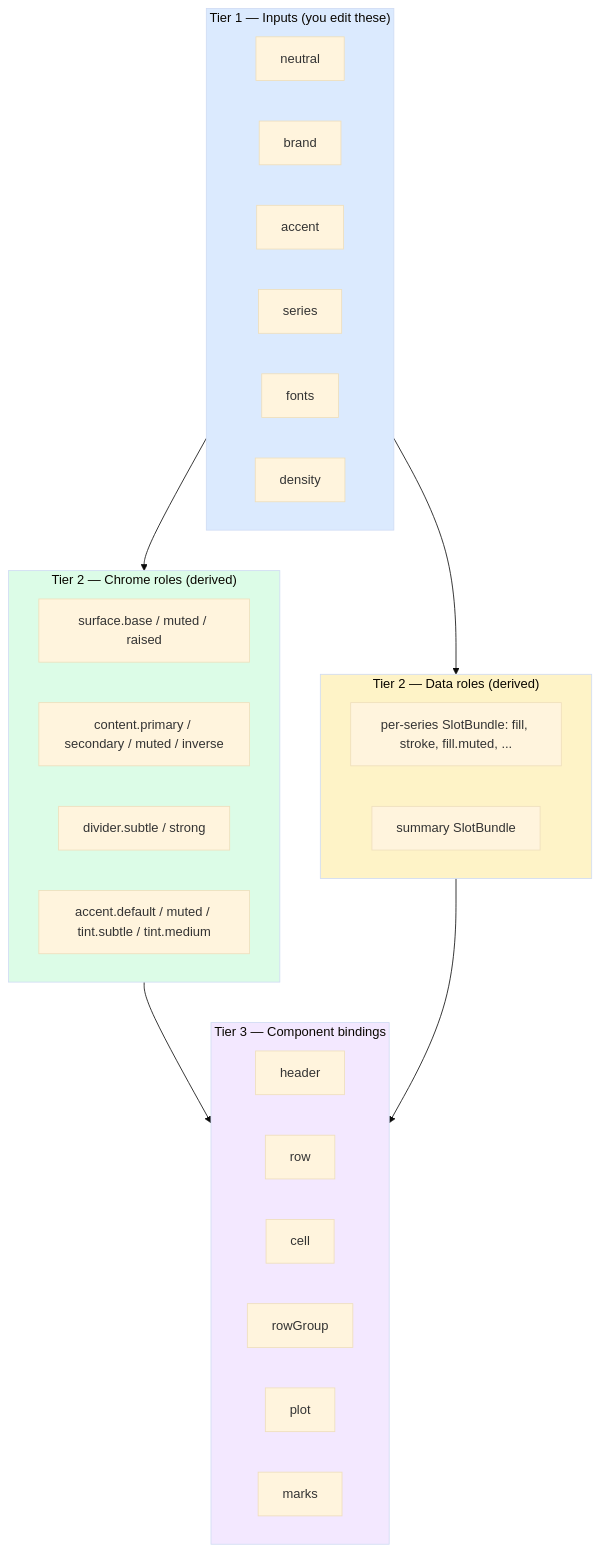
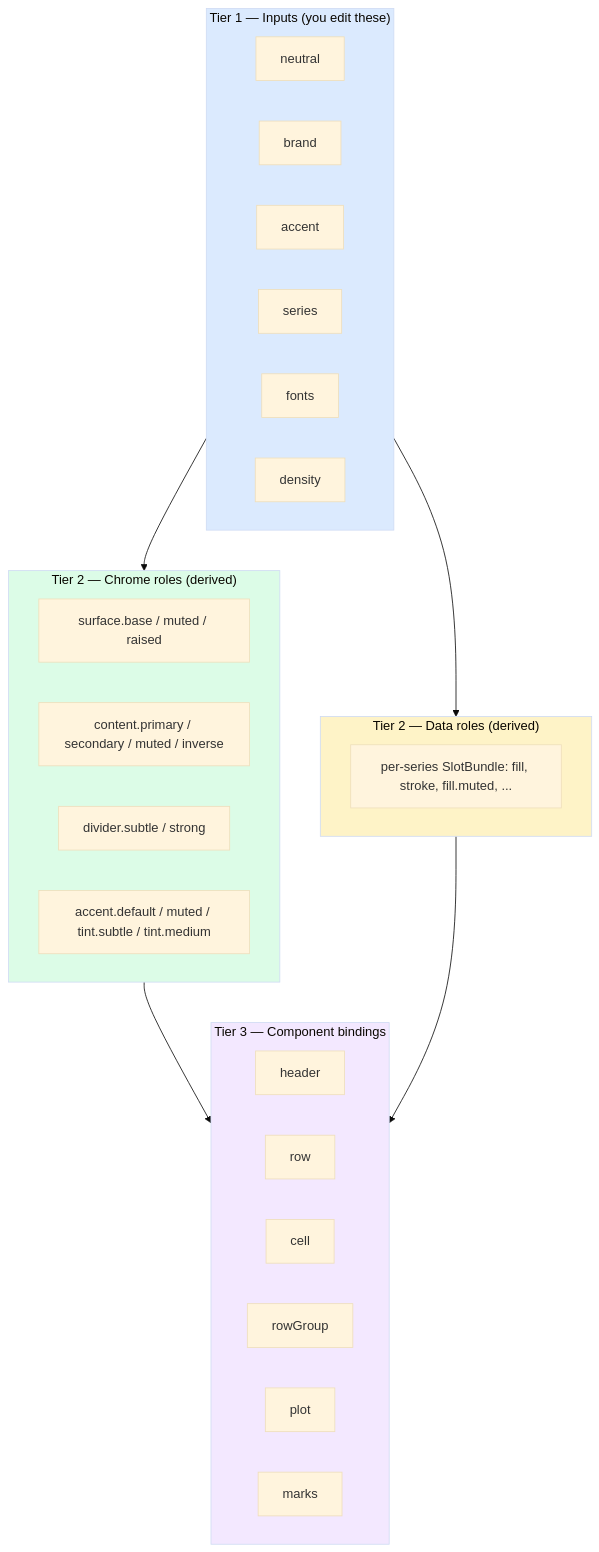
The second of 2 diagrams in docs/guide/themes.qmd (kaskarn/tabviz), drawn with Mermaid (base theme) before and after one commit. The commit also changed other lines of this file and 17 other files, not shown here.

````diff
--- a/docs/guide/themes.qmd
+++ b/docs/guide/themes.qmd
@@ -137,32 +137,31 @@
 ```{mermaid}
 flowchart TB
     subgraph T1["Tier 1 — Inputs (you edit these)"]
       neutral & brand & accent & series & fonts & density
     end
 
     subgraph T2C["Tier 2 — Chrome roles (derived)"]
       surface[surface.base / muted / raised]
       content[content.primary / secondary / muted / inverse]
       divider[divider.subtle / strong]
       tints[accent.default / muted / tint.subtle / tint.medium]
     end
 
     subgraph T2D["Tier 2 — Data roles (derived)"]
       slots[per-series SlotBundle: fill, stroke, fill.muted, ...]
-      summary_b[summary SlotBundle]
     end
 
     subgraph T3["Tier 3 — Component bindings"]
       header & row & cell & rowGroup & plot & marks
     end
 
     T1 --> T2C
     T1 --> T2D
     T2C --> T3
     T2D --> T3
 
     style T1 fill:#dbeafe
     style T2C fill:#dcfce7
     style T2D fill:#fef3c7
     style T3 fill:#f3e8ff
 ```
````
